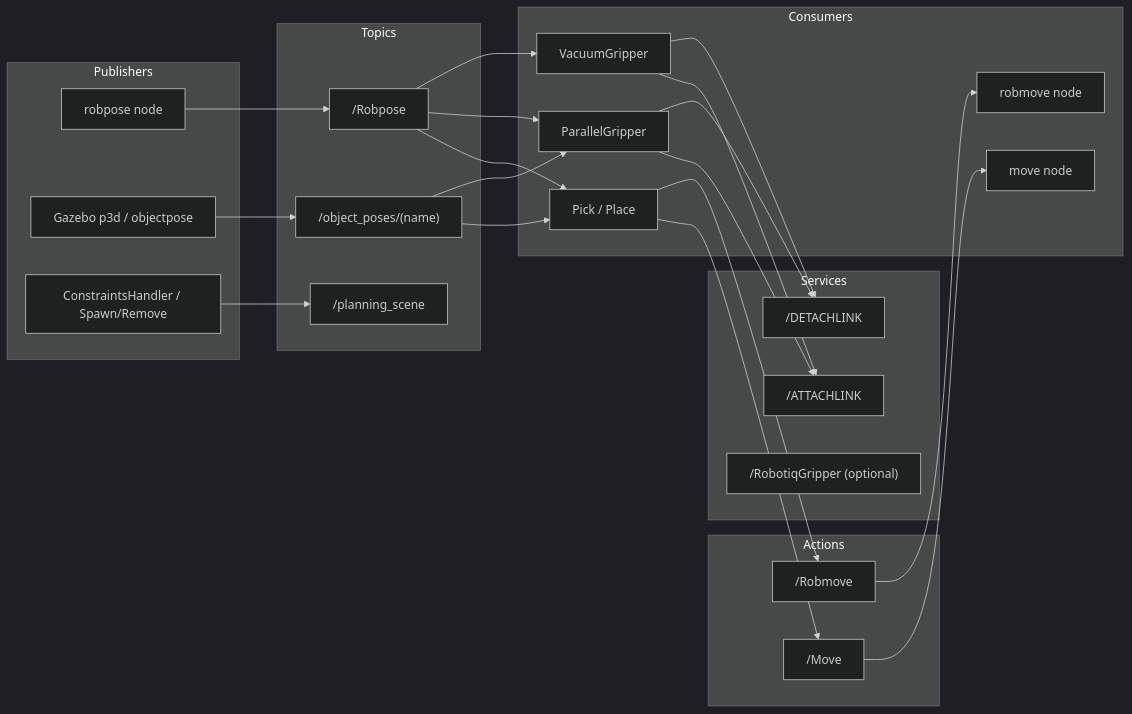
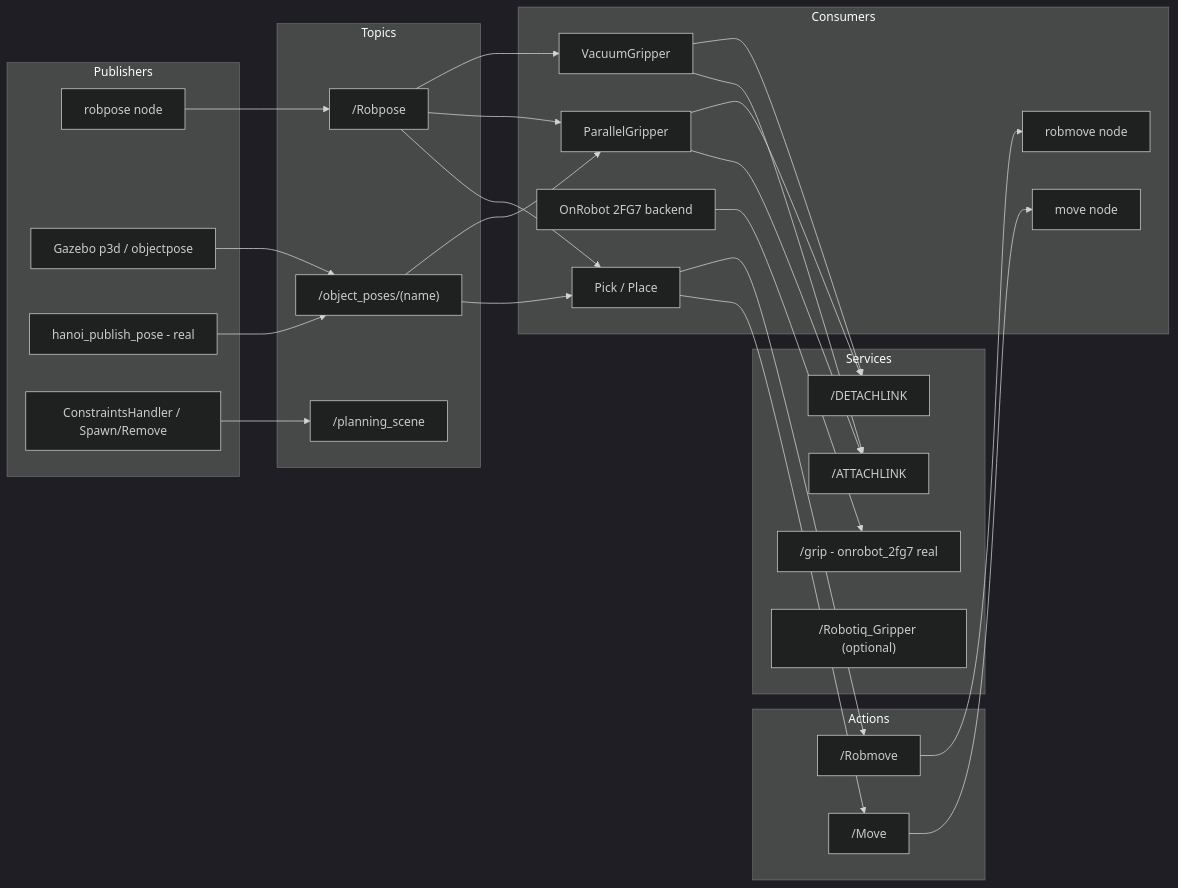
The diagram in doc/diagrams/04-data-flow.mmd (CLAIR-LAB-TECHNION/clair-pick-and-place-ros2), drawn with Mermaid (dark theme) before and after one commit. The commit also changed 18 other files, not shown here.

```diff
--- a/doc/diagrams/04-data-flow.mmd
+++ b/doc/diagrams/04-data-flow.mmd
@@ -1,51 +1,56 @@
 flowchart LR
     subgraph Publishers
         robpose_node[robpose node]
         p3d[Gazebo p3d / objectpose]
+        pose_pub["hanoi_publish_pose - real"]
         scene[ConstraintsHandler / Spawn/Remove]
     end
 
     subgraph Topics
         T_Robpose["/Robpose"]
         T_ObjectPose["/object_poses/(name)"]
         T_Planning["/planning_scene"]
     end
 
     subgraph Actions
         A_Move["/Move"]
         A_Robmove["/Robmove"]
     end
 
     subgraph Services
         S_Attach["/ATTACHLINK"]
         S_Detach["/DETACHLINK"]
-        S_Robotiq["/RobotiqGripper (optional)"]
+        S_Grip["/grip - onrobot_2fg7 real"]
+        S_Robotiq["/Robotiq_Gripper (optional)"]
     end
 
     subgraph Consumers
         PickPlace[Pick / Place]
         PG[ParallelGripper]
+        FG7[OnRobot 2FG7 backend]
         VG[VacuumGripper]
         Move[move node]
         Robmove[robmove node]
     end
 
     robpose_node --> T_Robpose
     p3d --> T_ObjectPose
+    pose_pub --> T_ObjectPose
     scene --> T_Planning
 
     T_Robpose --> PickPlace
     T_Robpose --> PG
     T_Robpose --> VG
     T_ObjectPose --> PickPlace
     T_ObjectPose --> PG
 
     PickPlace --> A_Move
     PickPlace --> A_Robmove
     A_Move --> Move
     A_Robmove --> Robmove
 
     PG --> S_Attach
     PG --> S_Detach
+    FG7 --> S_Grip
     VG --> S_Attach
     VG --> S_Detach
```
